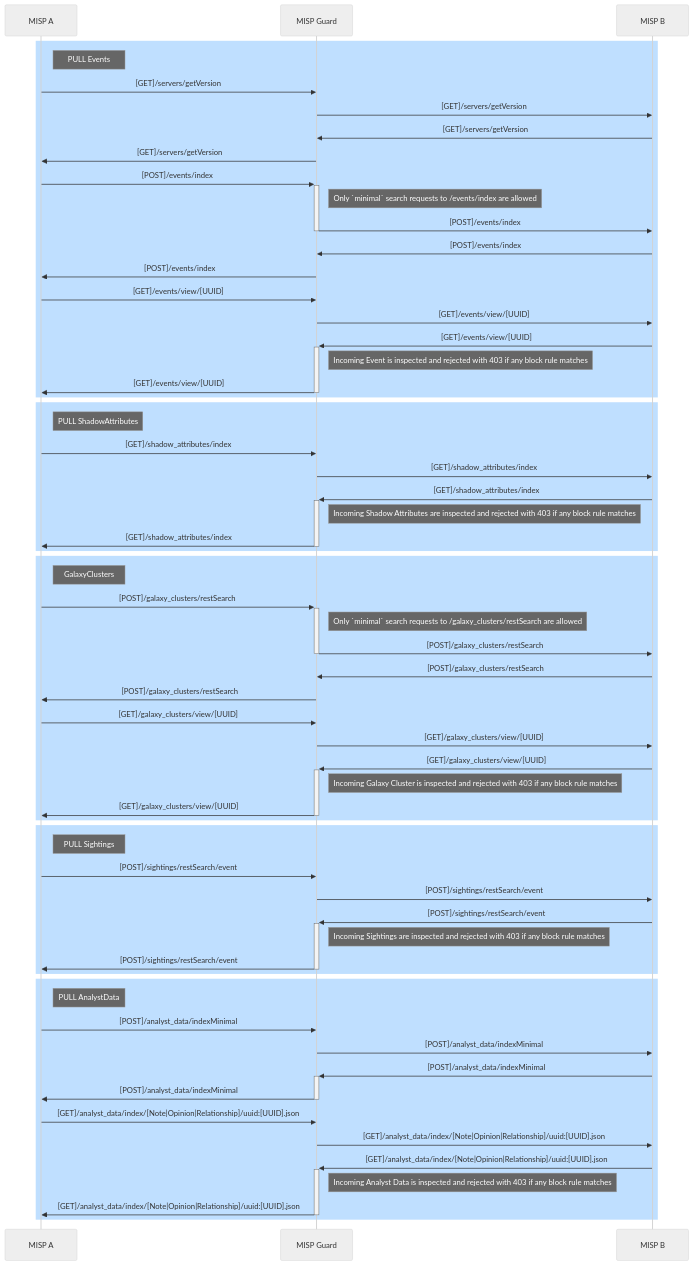
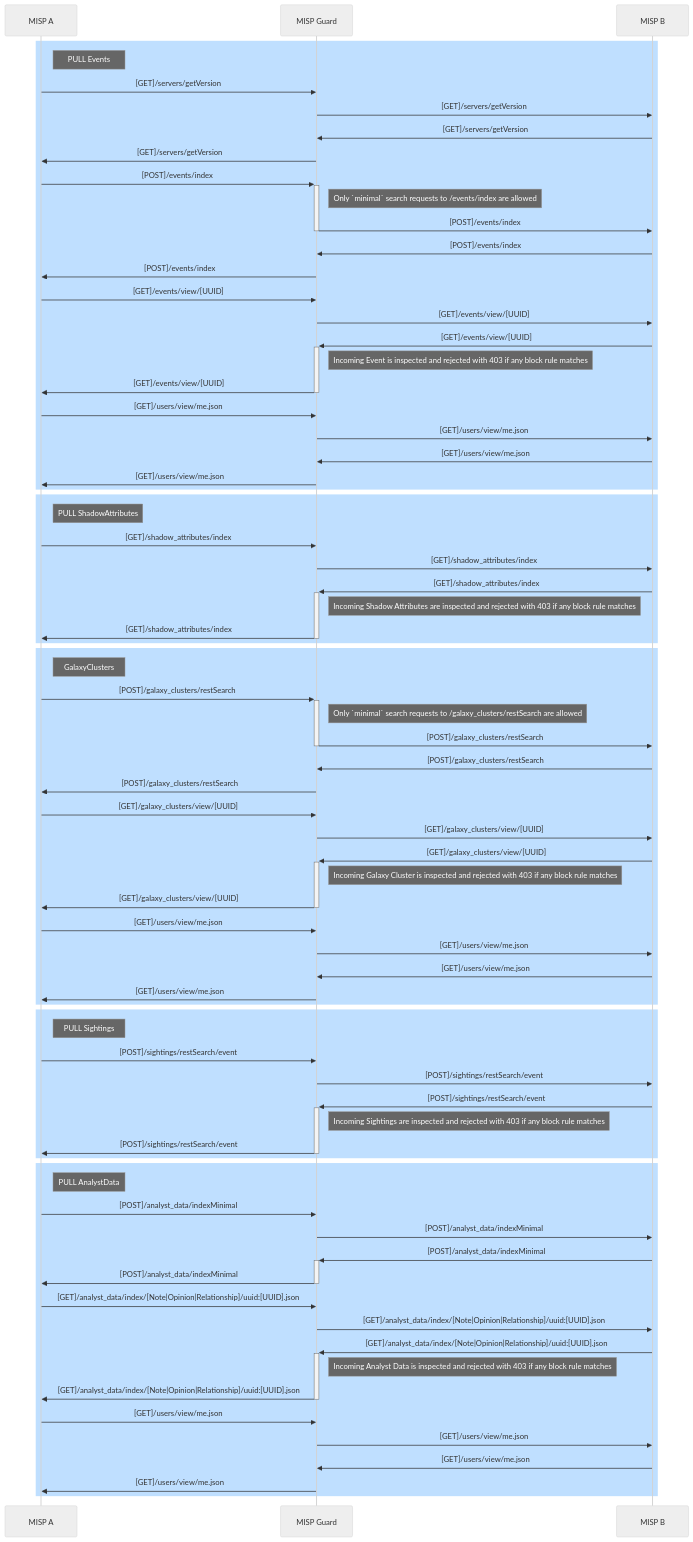
One commit to MISP/misp-guard changed the second of 2 diagrams in README.md. Above: the diagram before and after it, drawn with Mermaid (neutral theme). The commit also changed 1 other file, not shown here.

Commit message:
fix: allow /users/view/me.json endpoint used during server pull

````diff
--- a/README.md
+++ b/README.md
@@ -100,6 +100,11 @@
     MISP B->>+MISP Guard: [GET]/events/view/[UUID]
     note right of MISP Guard: Incoming Event is inspected and rejected with 403 if any block rule matches
     MISP Guard->>-MISP A: [GET]/events/view/[UUID]
+
+    MISP A->>MISP Guard: [GET]/users/view/me.json
+    MISP Guard->>MISP B: [GET]/users/view/me.json
+    MISP B->>MISP Guard: [GET]/users/view/me.json
+    MISP Guard->>MISP A: [GET]/users/view/me.json
     end
 
     rect rgb(191, 223, 255)
@@ -124,6 +129,11 @@
     MISP B->>+MISP Guard: [GET]/galaxy_clusters/view/[UUID]
     note right of MISP Guard: Incoming Galaxy Cluster is inspected and rejected with 403 if any block rule matches
     MISP Guard->>-MISP A: [GET]/galaxy_clusters/view/[UUID]
+
+    MISP A->>MISP Guard: [GET]/users/view/me.json
+    MISP Guard->>MISP B: [GET]/users/view/me.json
+    MISP B->>MISP Guard: [GET]/users/view/me.json
+    MISP Guard->>MISP A: [GET]/users/view/me.json
     end
 
     rect rgb(191, 223, 255)
@@ -147,5 +157,10 @@
     MISP B->>+MISP Guard: [GET]/analyst_data/index/[Note|Opinion|Relationship]/uuid:[UUID].json
     note right of MISP Guard: Incoming Analyst Data is inspected and rejected with 403 if any block rule matches
     MISP Guard->>-MISP A: [GET]/analyst_data/index/[Note|Opinion|Relationship]/uuid:[UUID].json
+
+    MISP A->>MISP Guard: [GET]/users/view/me.json
+    MISP Guard->>MISP B: [GET]/users/view/me.json
+    MISP B->>MISP Guard: [GET]/users/view/me.json
+    MISP Guard->>MISP A: [GET]/users/view/me.json
     end
 ```
````
